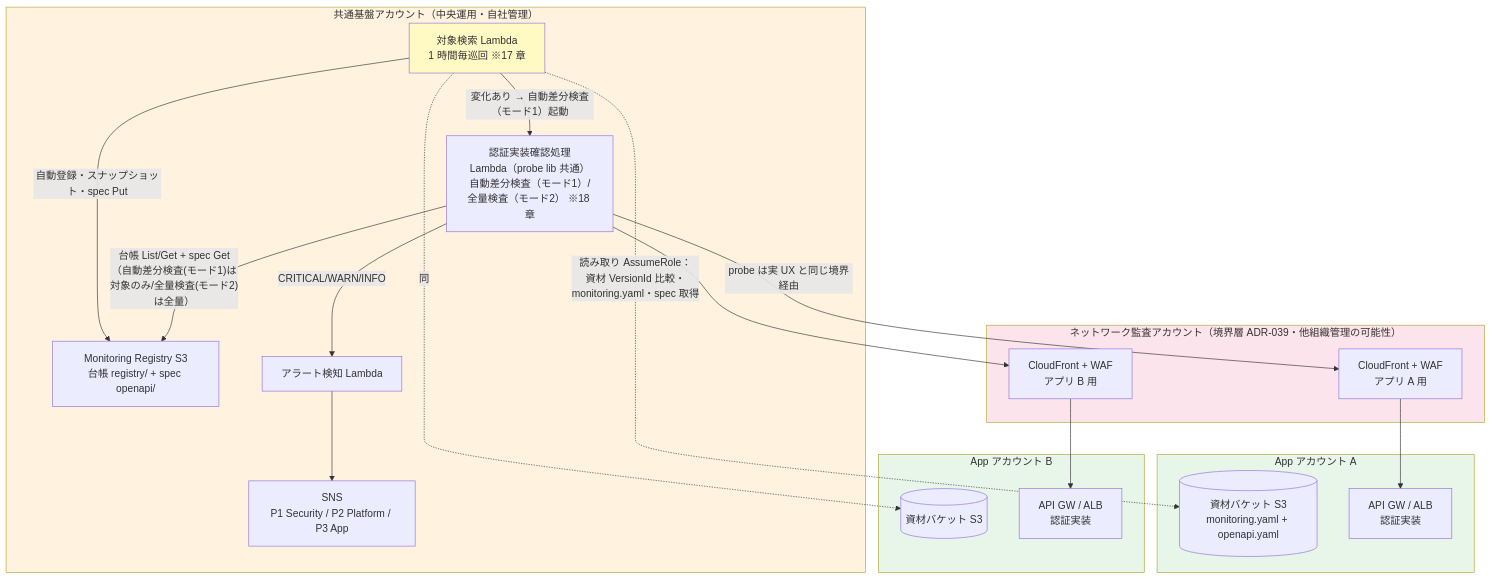
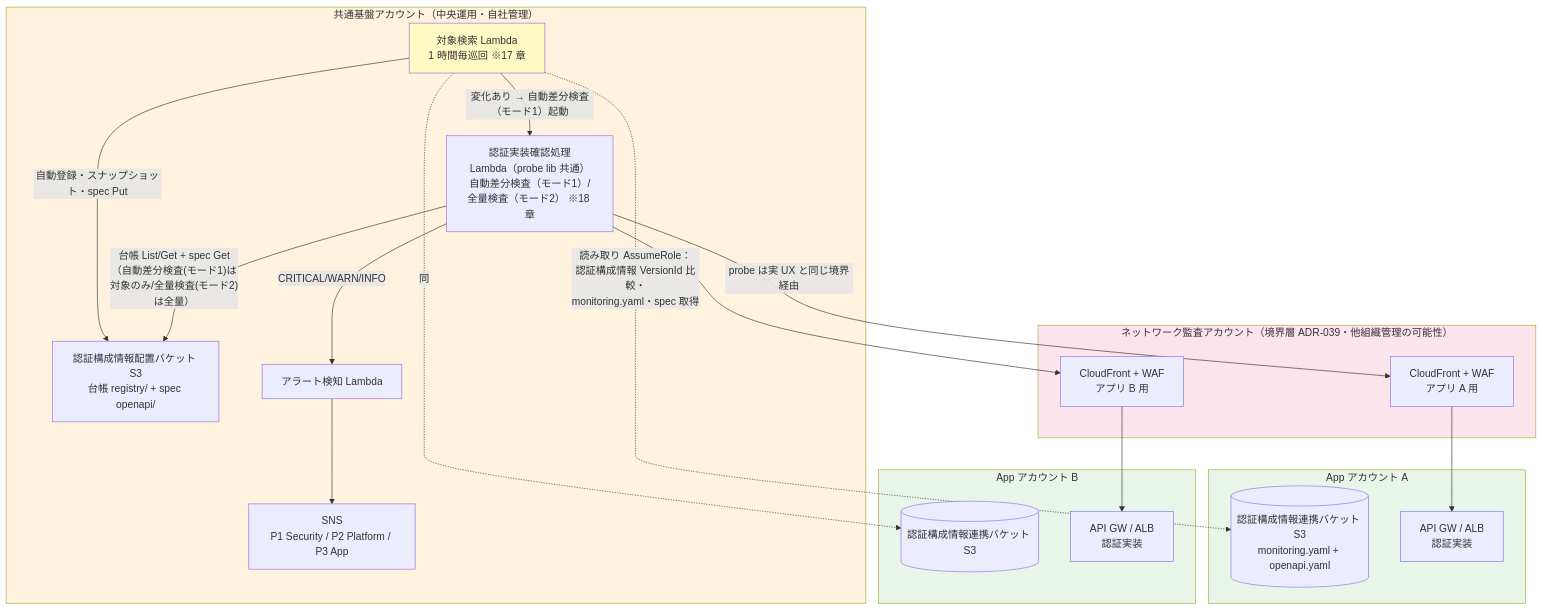
One commit to suepie/aws-atuh-poc changed the first of 7 diagrams in doc/api-platform/basic-design/10-external-monitoring-overview.md. Above: the diagram before and after it, drawn with Mermaid. The commit also changed other lines of this file and 18 other files, not shown here.

````diff
--- a/doc/api-platform/basic-design/10-external-monitoring-overview.md
+++ b/doc/api-platform/basic-design/10-external-monitoring-overview.md
@@ -53,44 +55,44 @@
 ```mermaid
 flowchart TB
     subgraph Central["共通基盤アカウント（中央運用・自社管理）"]
         DISC[対象検索 Lambda<br/>1 時間毎巡回 ※17 章]
-        Reg[Monitoring Registry S3<br/>台帳 registry/ + spec openapi/]
+        Reg[認証構成情報配置バケット S3<br/>台帳 registry/ + spec openapi/]
         CC["認証実装確認処理<br/>Lambda（probe lib 共通）<br/>自動差分検査（モード1）/全量検査（モード2） ※18 章"]
         AR[アラート検知 Lambda]
         SNS[SNS<br/>P1 Security / P2 Platform / P3 App]
     end
 
     subgraph Edge["ネットワーク監査アカウント（境界層 ADR-039・他組織管理の可能性）"]
         CFA[CloudFront + WAF<br/>アプリ A 用]
         CFB[CloudFront + WAF<br/>アプリ B 用]
     end
 
     subgraph AppA["App アカウント A"]
-        ARTA[("資材バケット S3<br/>monitoring.yaml + openapi.yaml")]
+        ARTA[("認証構成情報連携バケット S3<br/>monitoring.yaml + openapi.yaml")]
         APIA[API GW / ALB<br/>認証実装]
     end
 
     subgraph AppB["App アカウント B"]
-        ARTB[("資材バケット S3")]
+        ARTB[("認証構成情報連携バケット S3")]
         APIB[API GW / ALB<br/>認証実装]
     end
 
-    DISC -.->|"読み取り AssumeRole：<br/>資材 VersionId 比較・<br/>monitoring.yaml・spec 取得"| ARTA
+    DISC -.->|"読み取り AssumeRole：<br/>認証構成情報 VersionId 比較・<br/>monitoring.yaml・spec 取得"| ARTA
     DISC -.->|"同"| ARTB
     DISC -->|自動登録・スナップショット・spec Put| Reg
     DISC -->|"変化あり → 自動差分検査（モード1）起動"| CC
 
     CC -->|"台帳 List/Get + spec Get<br/>（自動差分検査(モード1)は対象のみ/全量検査(モード2)は全量）"| Reg
     CC -->|probe は実 UX と同じ境界経由| CFA
     CFA --> APIA
     CC --> CFB
     CFB --> APIB
     CC -->|CRITICAL/WARN/INFO| AR
     AR --> SNS
 
     style Central fill:#fff3e0
     style Edge fill:#fce4ec
     style AppA fill:#e8f5e9
     style AppB fill:#e8f5e9
     style DISC fill:#fff9c4
 ```
````
